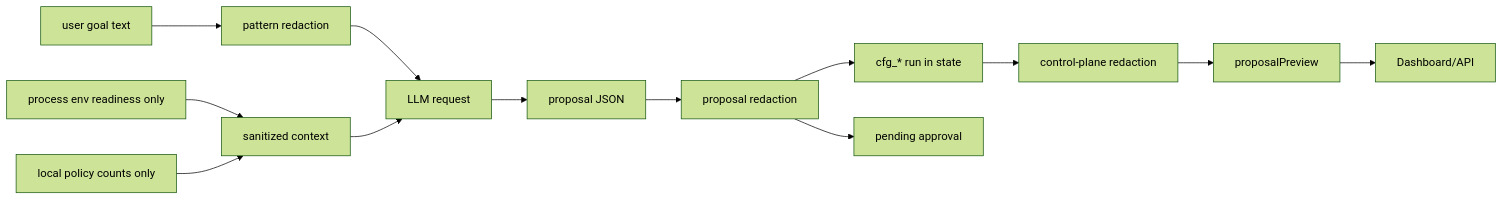
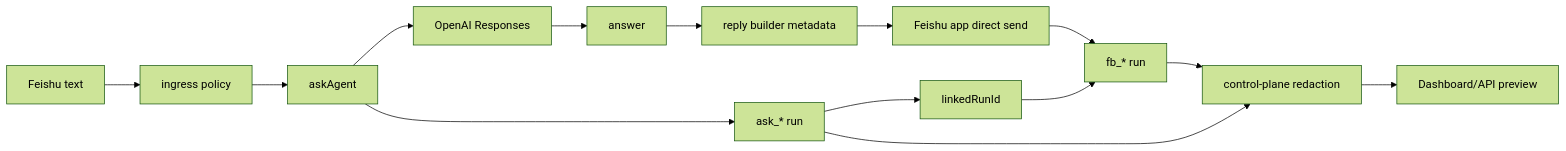
Before and after one commit to mayf3/myclaw: the eighth of 9 diagrams in docs/implementation-architecture.md, drawn with Mermaid (forest theme). The commit also changed other lines of this file and 30 other files, not shown here.

Commit message:
feat: link feishu llm replies to ask runs

````diff
--- a/docs/implementation-architecture.md
+++ b/docs/implementation-architecture.md
@@ -240,15 +243,16 @@
 ```mermaid
 flowchart LR
-  Env["process env readiness only"] --> Context["sanitized context"]
-  Policy["local policy counts only"] --> Context
-  UserGoal["user goal text"] --> PromptRedact["pattern redaction"]
-  PromptRedact --> LLMRequest["LLM request"]
-  Context --> LLMRequest
-  LLMRequest --> Proposal["proposal JSON"]
-  Proposal --> ProposalRedact["proposal redaction"]
-  ProposalRedact --> Run["cfg_* run in state"]
-  ProposalRedact --> Approval["pending approval"]
-  Run --> Control["control-plane redaction"]
-  Control --> Preview["proposalPreview"]
-  Preview --> Dashboard["Dashboard/API"]
+  FeishuText["Feishu text"] --> Policy["ingress policy"]
+  Policy --> Ask["askAgent"]
+  Ask --> Provider["OpenAI Responses"]
+  Provider --> Answer["answer"]
+  Ask --> AskRun["ask_* run"]
+  Answer --> ReplyBuilder["reply builder metadata"]
+  ReplyBuilder --> FeishuSend["Feishu app direct send"]
+  FeishuSend --> FbRun["fb_* run"]
+  AskRun --> Link["linkedRunId"]
+  Link --> FbRun
+  FbRun --> Redaction["control-plane redaction"]
+  AskRun --> Redaction
+  Redaction --> Dashboard["Dashboard/API preview"]
 ```
````
